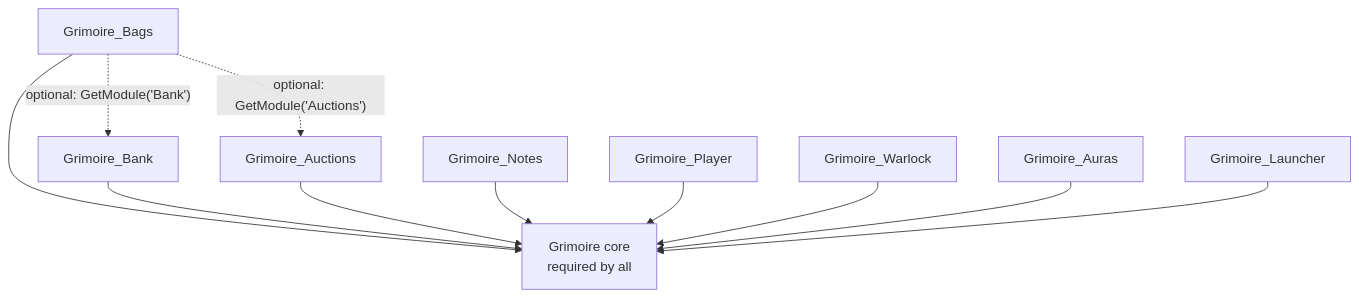
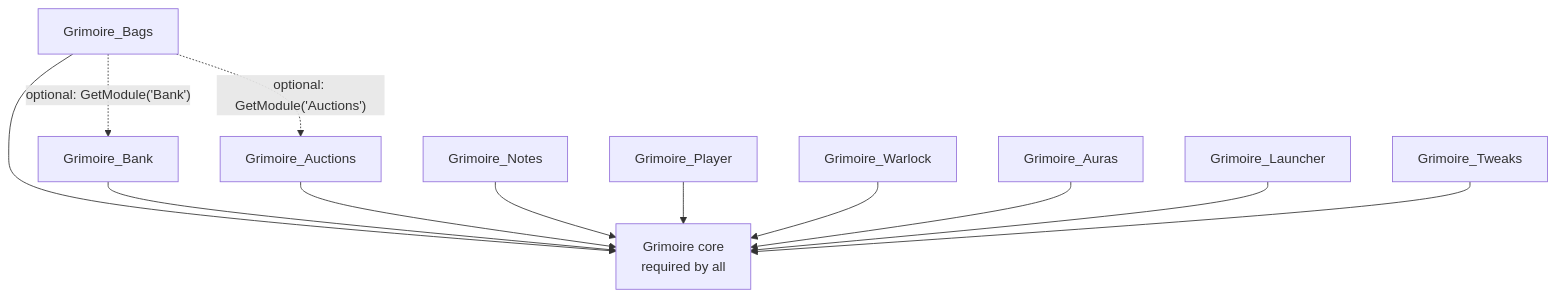
Before and after one commit to PhillypHenning/grimoire: the diagram in docs/adr/0002-every-component-is-a-toggleable-addon.md, drawn with Mermaid. The commit also changed 14 other files, not shown here.

First line of the commit message:
Auras: move Blizzard's buff frame; add Grimoire_Tweaks (graphics CVars)

````diff
--- a/docs/adr/0002-every-component-is-a-toggleable-addon.md
+++ b/docs/adr/0002-every-component-is-a-toggleable-addon.md
@@ -21,14 +21,15 @@
 ```mermaid
 flowchart TD
     Core[Grimoire core<br/>required by all]
     Bags[Grimoire_Bags] --> Core
     Bank[Grimoire_Bank] --> Core
     Auctions[Grimoire_Auctions] --> Core
     Notes[Grimoire_Notes] --> Core
     Player[Grimoire_Player] --> Core
     Warlock[Grimoire_Warlock] --> Core
     Auras[Grimoire_Auras] --> Core
     Launcher[Grimoire_Launcher] --> Core
+    Tweaks[Grimoire_Tweaks] --> Core
     Bags -. "optional: GetModule('Bank')" .-> Bank
     Bags -. "optional: GetModule('Auctions')" .-> Auctions
 ```
````
